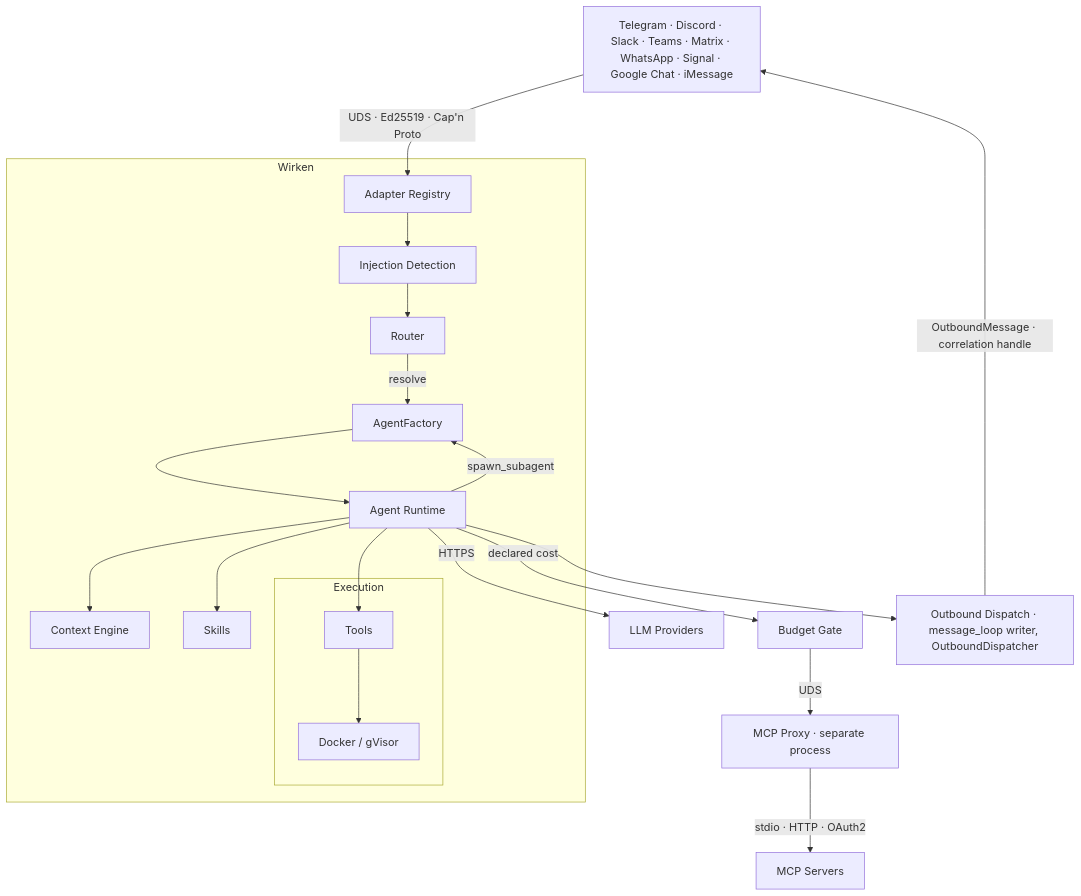
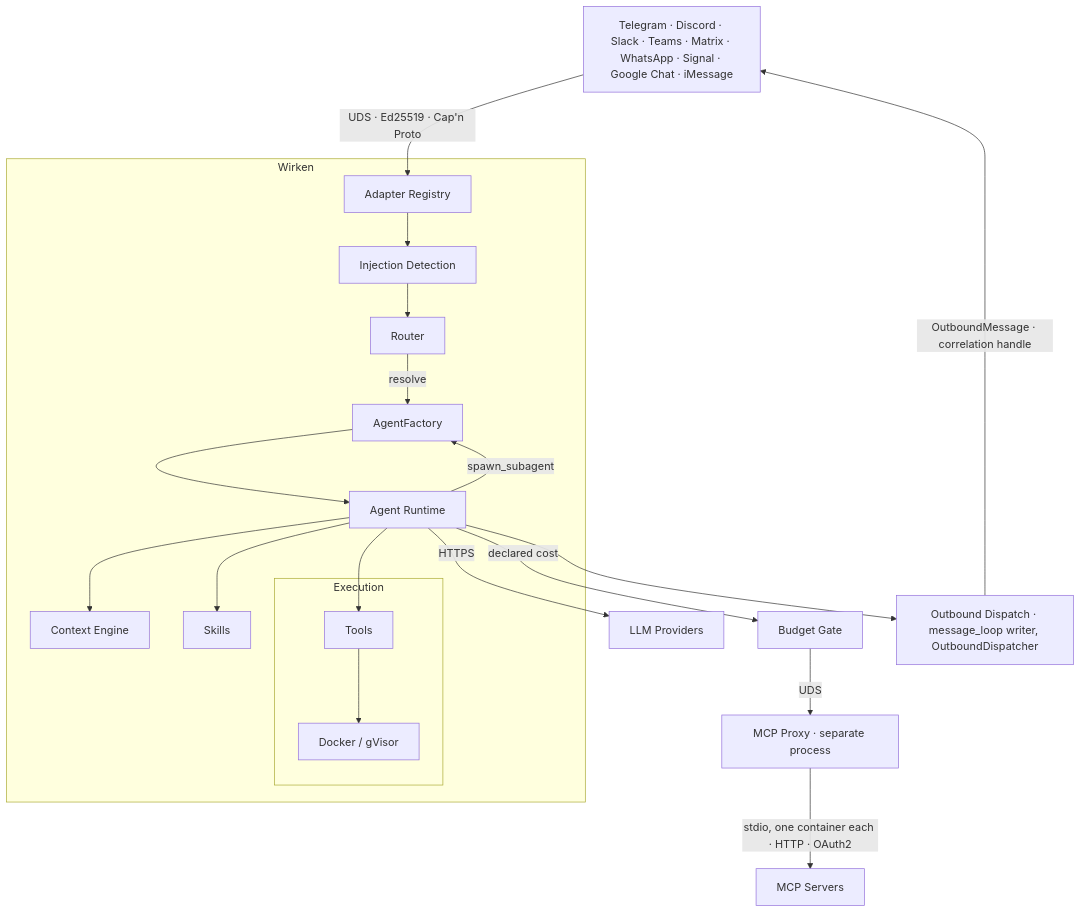
Before and after one commit to gebruder/wirken: the first of 2 diagrams in README.md, drawn with Mermaid. The commit also changed other lines of this file and 12 other files, not shown here.

Commit message:
Document contained stdio MCP servers: install step and sandbox block in every example, egress, credentials, refusals, restarts and audit rows (#269)

````diff
--- a/README.md
+++ b/README.md
@@ -148,28 +151,28 @@
 ```mermaid
 graph TD
     Channels["Telegram · Discord · Slack · Teams · Matrix · WhatsApp · Signal · Google Chat · iMessage"]
     Channels -- "UDS · Ed25519 · Cap'n Proto" --> Registry[Adapter Registry]
 
     subgraph Wirken
         Registry --> Detect[Injection Detection]
         Detect --> Router
         Router -- "resolve" --> Factory[AgentFactory]
         Factory --> Agent[Agent Runtime]
         Agent --> Context[Context Engine]
         Agent --> Skills
         Agent --> Tools
 
         subgraph Execution
             Tools --> Sandbox[Docker / gVisor]
         end
     end
 
     Agent -- "spawn_subagent" --> Factory
     Agent -- HTTPS --> LLM[LLM Providers]
     Agent -- "declared cost" --> Budget[Budget Gate]
     Budget -- "UDS" --> McpProxy["MCP Proxy · separate process"]
-    McpProxy -- "stdio · HTTP · OAuth2" --> McpServers[MCP Servers]
+    McpProxy -- "stdio, one container each · HTTP · OAuth2" --> McpServers[MCP Servers]
 
     Agent --> Outbound["Outbound Dispatch · message_loop writer, OutboundDispatcher"]
     Outbound -- "OutboundMessage · correlation handle" --> Channels
 ```
````
